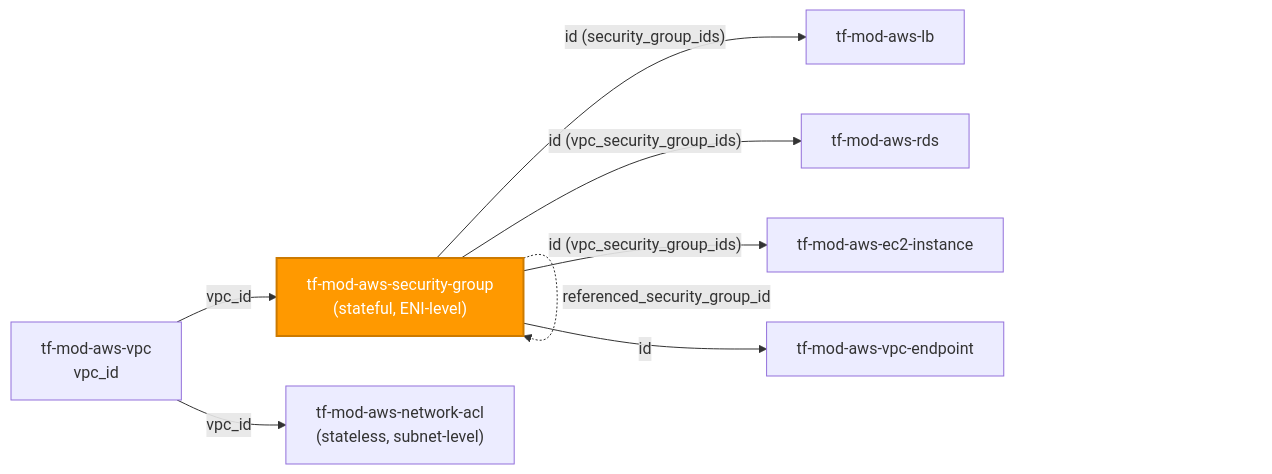
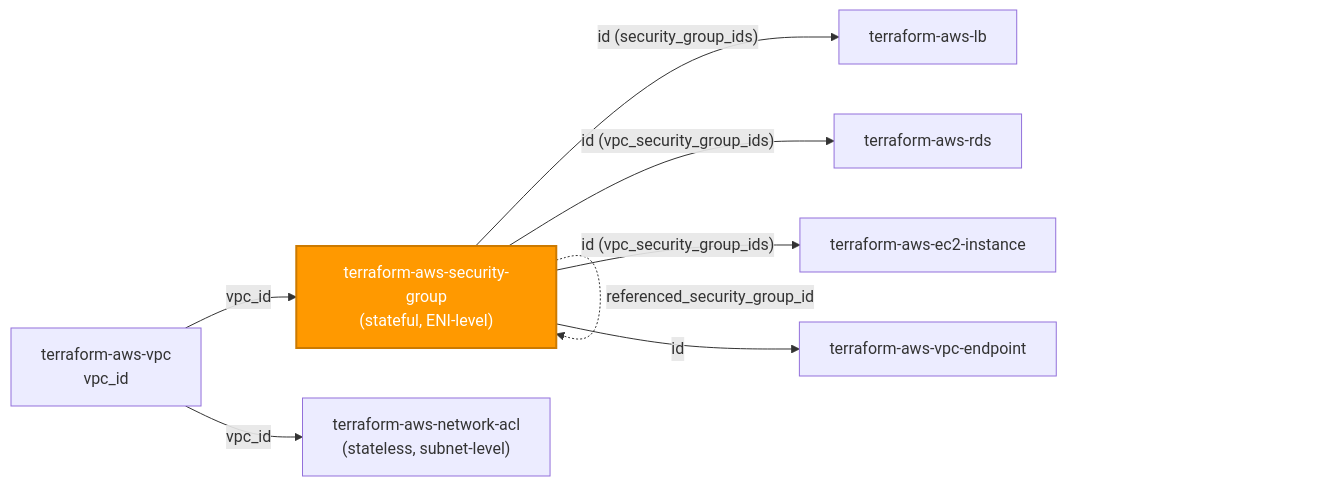
Before and after one commit to microsoftexpert/terraform-aws-security-group: the first of 2 diagrams in README.md, drawn with Mermaid. The commit also changed other lines of this file and 2 other files, not shown here.

````diff
--- a/README.md
+++ b/README.md
@@ -43,20 +43,20 @@
 ```mermaid
 flowchart LR
- vpc["tf-mod-aws-vpc<br/>vpc_id"]
- sg["tf-mod-aws-security-group<br/>(stateful, ENI-level)"]
- nacl["tf-mod-aws-network-acl<br/>(stateless, subnet-level)"]
- lb["tf-mod-aws-lb"]
- rds["tf-mod-aws-rds"]
- ec2["tf-mod-aws-ec2-instance"]
- vpce["tf-mod-aws-vpc-endpoint"]
+ vpc["terraform-aws-vpc<br/>vpc_id"]
+ sg["terraform-aws-security-group<br/>(stateful, ENI-level)"]
+ nacl["terraform-aws-network-acl<br/>(stateless, subnet-level)"]
+ lb["terraform-aws-lb"]
+ rds["terraform-aws-rds"]
+ ec2["terraform-aws-ec2-instance"]
+ vpce["terraform-aws-vpc-endpoint"]
 
  vpc -->|"vpc_id"| sg
  vpc -->|"vpc_id"| nacl
  sg -->|"id (security_group_ids)"| lb
  sg -->|"id (vpc_security_group_ids)"| rds
  sg -->|"id (vpc_security_group_ids)"| ec2
  sg -->|"id"| vpce
  sg -.->|"referenced_security_group_id"| sg
 
  style sg fill:#FF9900,color:#fff,stroke:#cc7a00,stroke-width:2px
 ```
````
